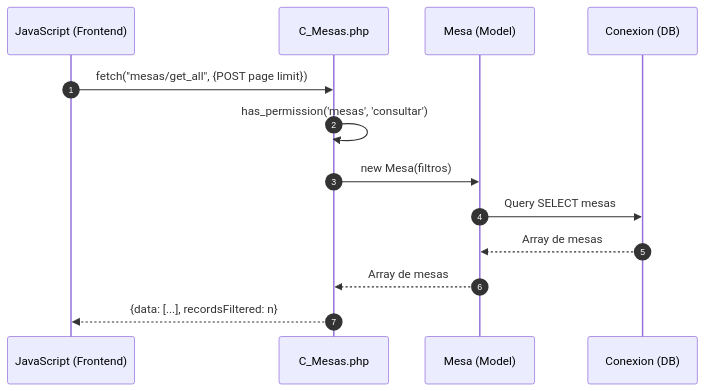
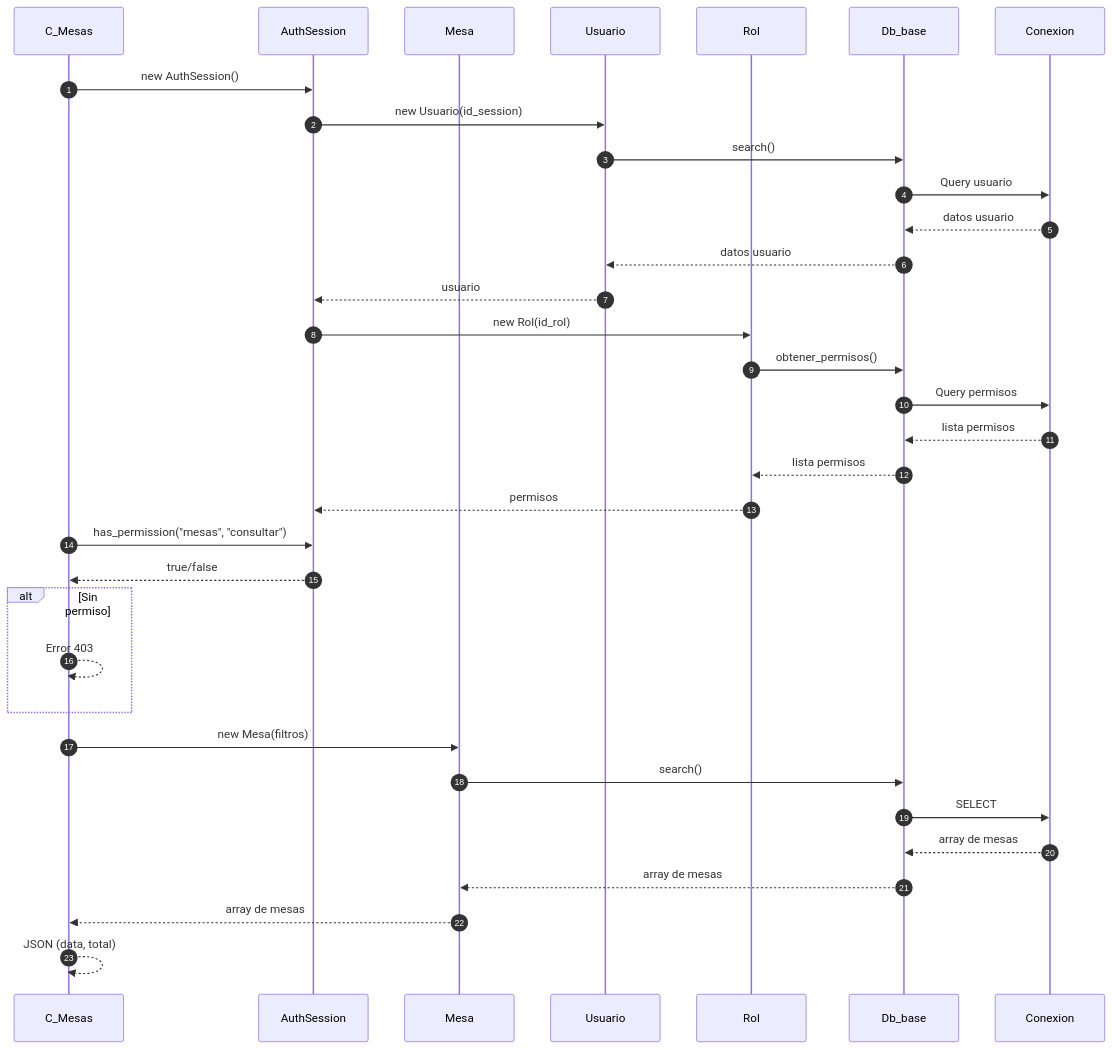
One commit to Tecrato/BurgerHouse changed the second of 5 diagrams in docs/secuencia/mesas/mesas.md. Above: the diagram before and after it, drawn with Mermaid. The commit also changed other lines of this file and 13 other files, not shown here.

First line of the commit message:
diagramas actualizaos

````diff
--- a/docs/secuencia/mesas/mesas.md
+++ b/docs/secuencia/mesas/mesas.md
@@ -39,19 +51,42 @@
 ```mermaid
 sequenceDiagram
     autonumber
-    participant JS as JavaScript (Frontend)
-    participant C_Mesas as C_Mesas.php
-    participant Mesa as Mesa (Model)
-    participant DB as Conexion (DB)
+    participant C_Mesas as C_Mesas
+    participant AuthSession as AuthSession
+    participant Mesa as Mesa
+    participant Usuario as Usuario
+    participant Rol as Rol
+    participant Db_base as Db_base
+    participant Conexion as Conexion
     
-    JS->>C_Mesas: fetch("mesas/get_all", {POST page limit})
+    C_Mesas->>AuthSession: new AuthSession()
+    AuthSession->>Usuario: new Usuario(id_session)
+    Usuario->>Db_base: search()
+    Db_base->>Conexion: Query usuario
+    Conexion-->>Db_base: datos usuario
+    Db_base-->>Usuario: datos usuario
+    Usuario-->>AuthSession: usuario
     
-    C_Mesas->>C_Mesas: has_permission('mesas', 'consultar')
+    AuthSession->>Rol: new Rol(id_rol)
+    Rol->>Db_base: obtener_permisos()
+    Db_base->>Conexion: Query permisos
+    Conexion-->>Db_base: lista permisos
+    Db_base-->>Rol: lista permisos
+    Rol-->>AuthSession: permisos
+    
+    C_Mesas->>AuthSession: has_permission("mesas", "consultar")
+    AuthSession-->>C_Mesas: true/false
+    
+    alt Sin permiso
+        C_Mesas-->>C_Mesas: Error 403
+    end
     
     C_Mesas->>Mesa: new Mesa(filtros)
-    Mesa->>DB: Query SELECT mesas
-    DB-->>Mesa: Array de mesas
-    Mesa-->>C_Mesas: Array de mesas
+    Mesa->>Db_base: search()
+    Db_base->>Conexion: SELECT
+    Conexion-->>Db_base: array de mesas
+    Db_base-->>Mesa: array de mesas
+    Mesa-->>C_Mesas: array de mesas
     
-    C_Mesas-->>JS: {data: [...], recordsFiltered: n}
+    C_Mesas-->>C_Mesas: JSON (data, total)
 ```
````
